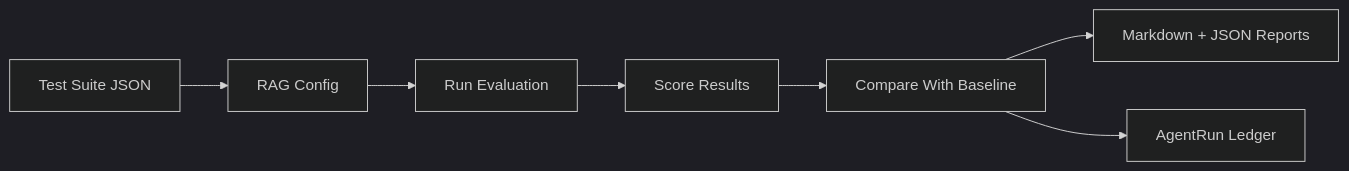
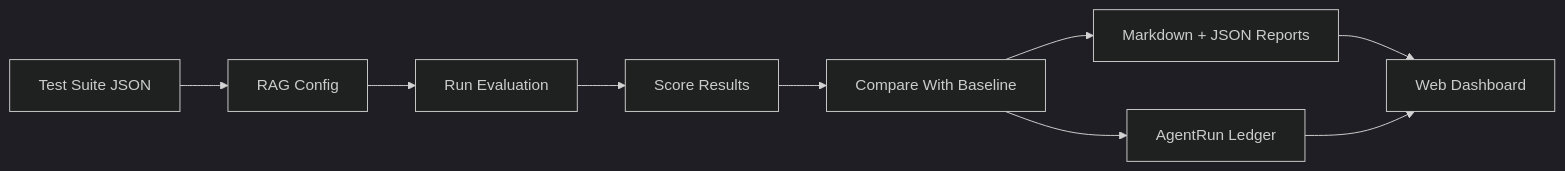
Before and after one commit to danyalahmed1995/RAG-Regression-Lab: the diagram in README.md, drawn with Mermaid (dark theme). The commit also changed other lines of this file and 29 other files, not shown here.

````diff
--- a/README.md
+++ b/README.md
@@ -19,9 +22,11 @@
 ```mermaid
 flowchart LR
   A["Test Suite JSON"] --> B["RAG Config"]
   B --> C["Run Evaluation"]
   C --> D["Score Results"]
   D --> E["Compare With Baseline"]
   E --> F["Markdown + JSON Reports"]
   E --> G["AgentRun Ledger"]
+  F --> H["Web Dashboard"]
+  G --> H
 ```
````
